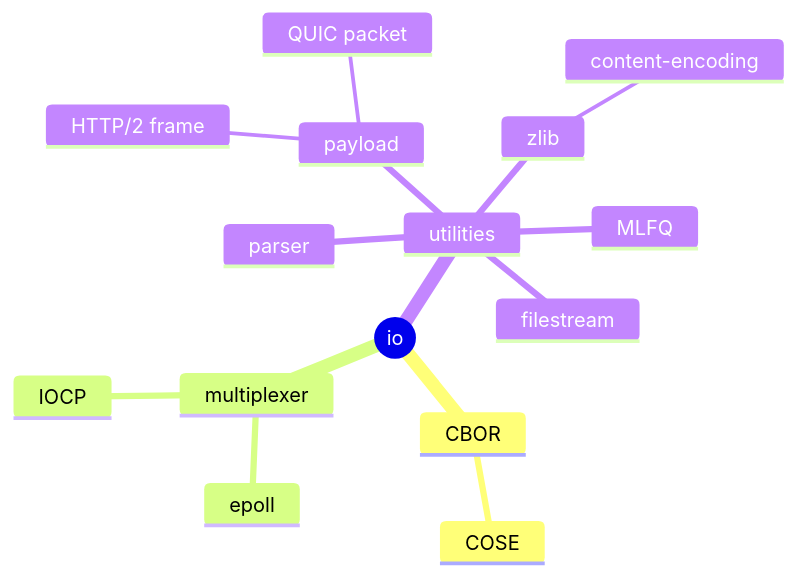
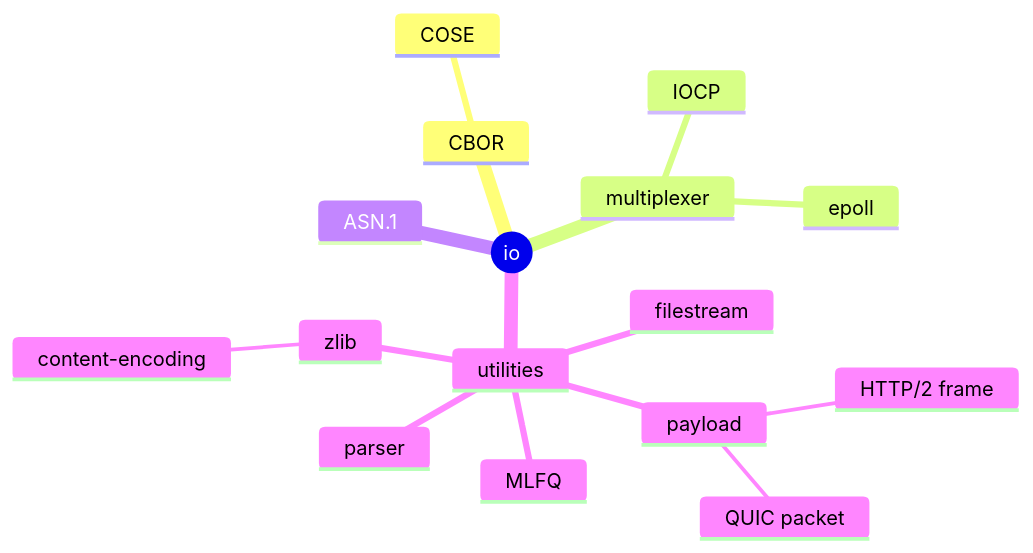
One commit to princeb612/hotplace changed the diagram in sdk/io/README.md. Above: the diagram before and after it, drawn with Mermaid. The commit also changed other lines of this file and 46 other files, not shown here.

````diff
--- a/sdk/io/README.md
+++ b/sdk/io/README.md
@@ -3,18 +3,19 @@
 ```mermaid
 mindmap
   root((io))
     CBOR
       COSE
     multiplexer
      epoll
      IOCP
+    ASN.1
     utilities
       payload
         HTTP/2 frame
         QUIC packet
       MLFQ
       parser
       zlib
         content-encoding
       filestream
 ```
````
